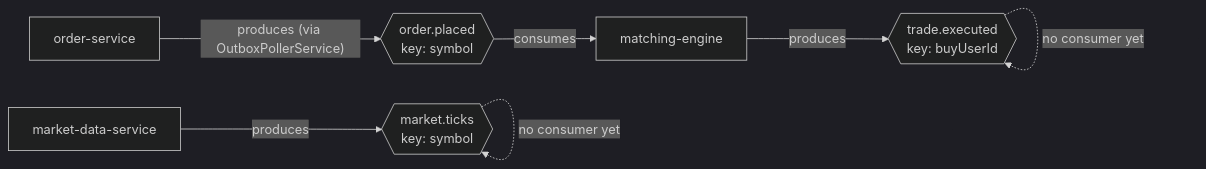
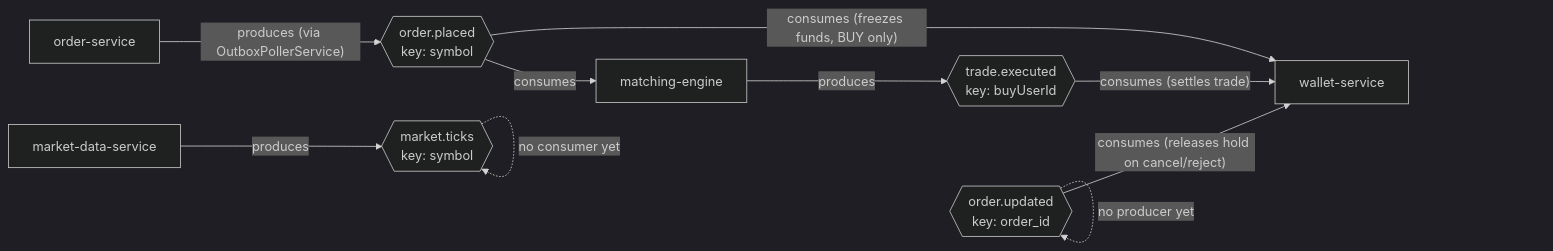
One commit to yashchavda57/yc01-trading-platform changed the diagram in diagrams/current-state/kafka-topics.md. Above: the diagram before and after it, drawn with Mermaid (dark theme). The commit also changed other lines of this file and 31 other files, not shown here.

````diff
--- a/diagrams/current-state/kafka-topics.md
+++ b/diagrams/current-state/kafka-topics.md
@@ -5,19 +6,25 @@
 ```mermaid
 flowchart LR
     MarketData["market-data-service"]
     Order["order-service"]
     Matching["matching-engine"]
+    Wallet["wallet-service"]
 
     MarketTicks{{"market.ticks<br/>key: symbol"}}
     OrderPlaced{{"order.placed<br/>key: symbol"}}
     TradeExecuted{{"trade.executed<br/>key: buyUserId"}}
+    OrderUpdated{{"order.updated<br/>key: order_id"}}
 
     MarketData -- produces --> MarketTicks
     MarketTicks -.no consumer yet.-> MarketTicks
 
     Order -- "produces (via OutboxPollerService)" --> OrderPlaced
     OrderPlaced -- consumes --> Matching
+    OrderPlaced -- "consumes (freezes funds, BUY only)" --> Wallet
 
     Matching -- produces --> TradeExecuted
-    TradeExecuted -.no consumer yet.-> TradeExecuted
+    TradeExecuted -- "consumes (settles trade)" --> Wallet
+
+    OrderUpdated -.no producer yet.-> OrderUpdated
+    OrderUpdated -- "consumes (releases hold on cancel/reject)" --> Wallet
 ```
````
